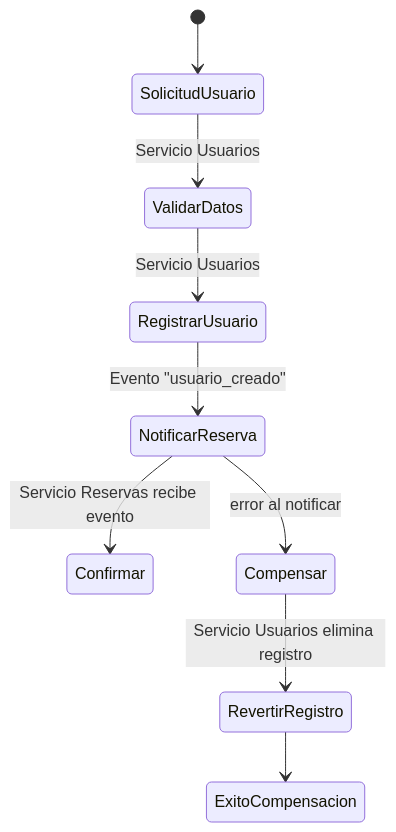
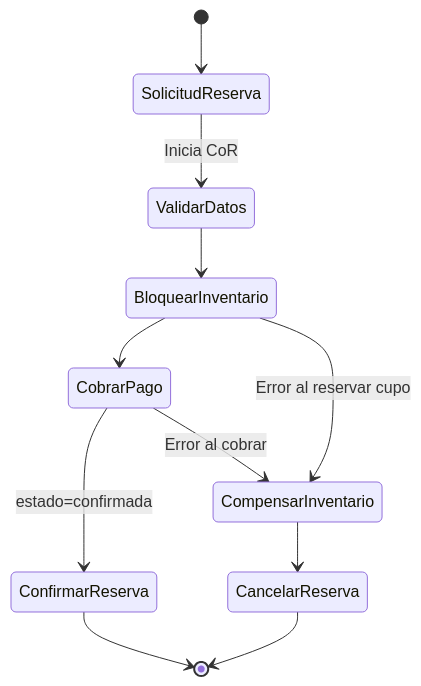
The second of 3 diagrams in README.md (diegopirazabal/tarea2nosql), drawn with Mermaid before and after one commit. The commit also changed other lines of this file and 17 other files, not shown here.

Commit message:
reservas con orquestador saga y validacion de cupo y pago. falta anonimizacion en el csv y testing

````diff
--- a/README.md
+++ b/README.md
@@ -31,11 +34,14 @@
 ```mermaid
 stateDiagram-v2
-  [*] --> SolicitudUsuario
-  SolicitudUsuario --> ValidarDatos: Servicio Usuarios
-  ValidarDatos --> RegistrarUsuario: Servicio Usuarios
-  RegistrarUsuario --> NotificarReserva: Evento "usuario_creado"
-  NotificarReserva --> Confirmar: Servicio Reservas recibe evento
-  NotificarReserva --> Compensar: error al notificar
-  Compensar --> RevertirRegistro: Servicio Usuarios elimina registro
-  RevertirRegistro --> ExitoCompensacion
+  [*] --> SolicitudReserva
+  SolicitudReserva --> ValidarDatos: Inicia CoR
+  ValidarDatos --> BloquearInventario
+  BloquearInventario --> CobrarPago
+  CobrarPago --> ConfirmarReserva: estado=confirmada
+  ConfirmarReserva --> [*]
+
+  BloquearInventario --> CompensarInventario: Error al reservar cupo
+  CobrarPago --> CompensarInventario: Error al cobrar
+  CompensarInventario --> CancelarReserva
+  CancelarReserva --> [*]
 ```
````
